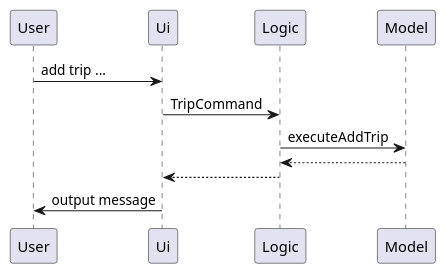
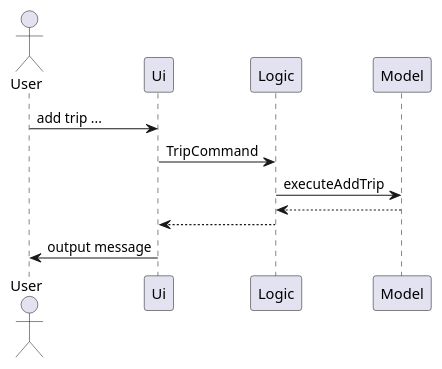
Before and after one commit to je-nnyt/tp: the diagram in docs/uml/main_flow.puml, drawn with PlantUML. The commit also changed 1 other file, not shown here.

Commit message:
Update user with logo

```diff
--- a/docs/uml/main_flow.puml
+++ b/docs/uml/main_flow.puml
@@ -1,8 +1,9 @@
 @startuml
+actor User as User
 User -> Ui: add trip ...
 Ui -> Logic: TripCommand
 Logic -> Model: executeAddTrip
 Model --> Logic:
 Logic --> Ui
 Ui -> User: output message
 @enduml
```
